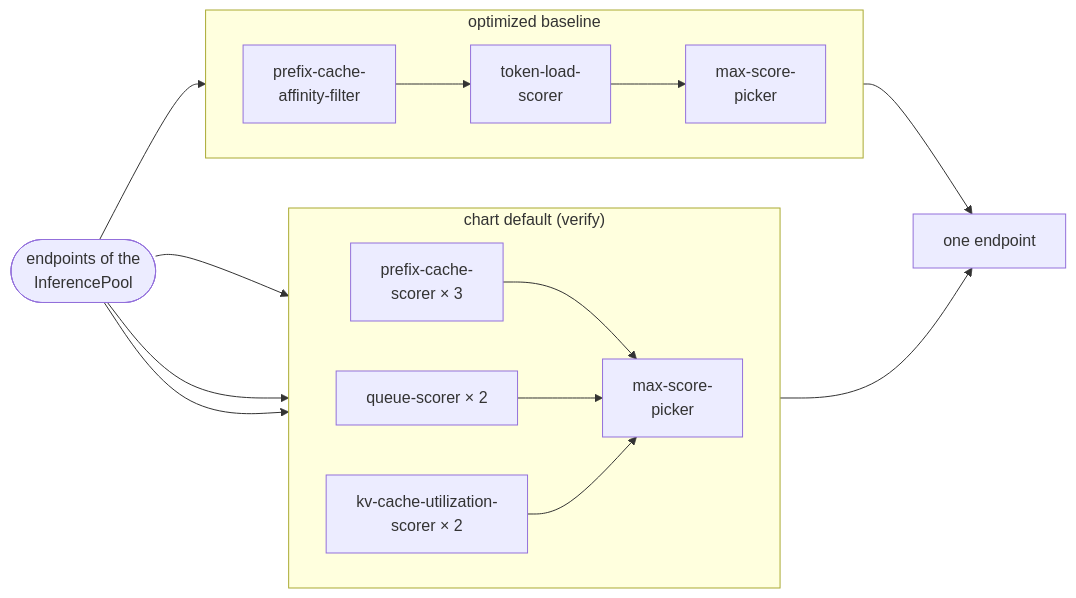
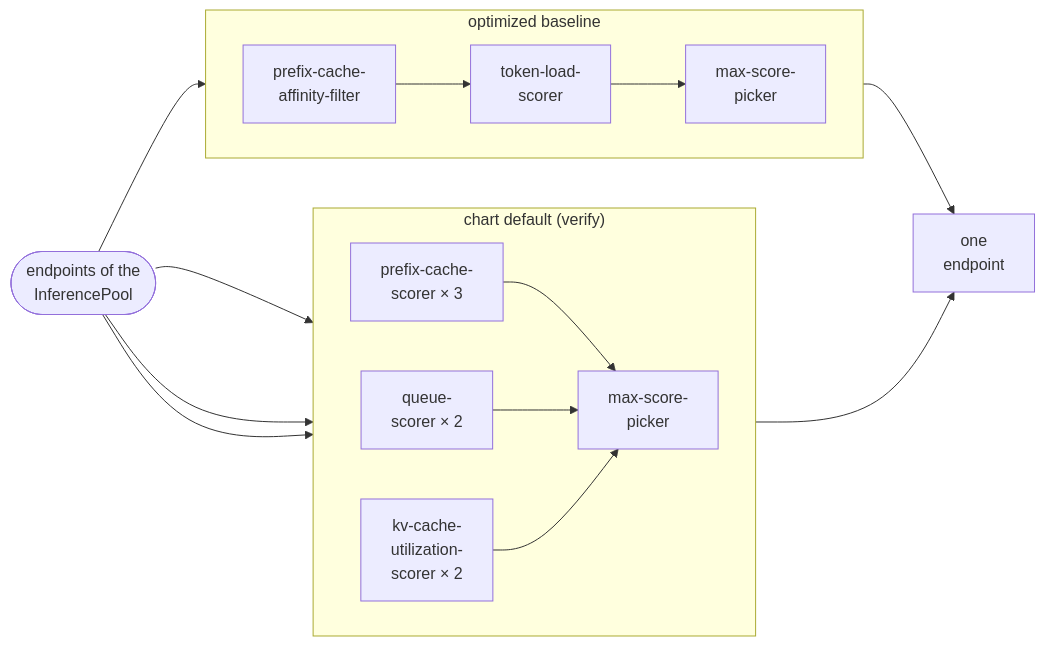
Before and after one commit to aniryou/full-stack-agentic-engineer: the first of 3 diagrams in 05-orchestrator/serving-orchestration/PRIMER.md, drawn with Mermaid. The commit also changed other lines of this file and 211 other files, not shown here.

````diff
--- a/05-orchestrator/serving-orchestration/PRIMER.md
+++ b/05-orchestrator/serving-orchestration/PRIMER.md
@@ -270,17 +270,18 @@
 ```mermaid
 flowchart LR
+    accTitle: The chart default sends the endpoints through three weighted scorers, and the optimized baseline sends them through the prefix-cache-affinity-filter and the token-load-scorer, to one endpoint.
     E(["endpoints of the<br/>InferencePool"]) --> SA & SB & SC
     subgraph A["chart default (verify)"]
         direction LR
         SA["prefix-cache-<br/>scorer × 3"] --> K1["max-score-<br/>picker"]
-        SB["queue-scorer × 2"] --> K1
-        SC["kv-cache-utilization-<br/>scorer × 2"] --> K1
+        SB["queue-<br/>scorer × 2"] --> K1
+        SC["kv-cache-<br/>utilization-<br/>scorer × 2"] --> K1
     end
     E --> F2
     subgraph B["optimized baseline"]
         direction LR
         F2["prefix-cache-<br/>affinity-filter"] --> S2["token-load-<br/>scorer"] --> K2["max-score-<br/>picker"]
     end
-    K1 --> D["one endpoint"]
+    K1 --> D["one<br/>endpoint"]
     K2 --> D
 ```
````
